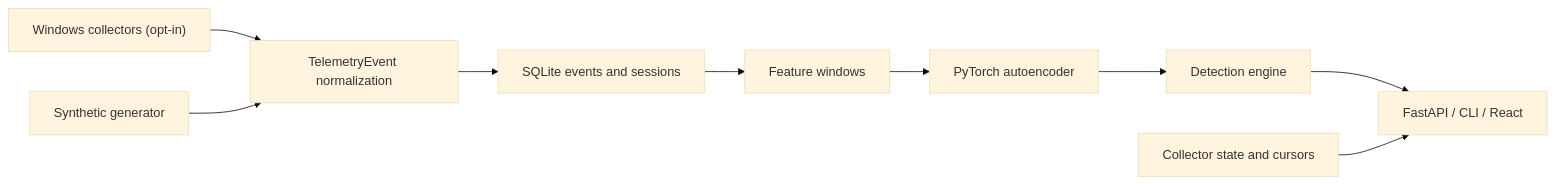
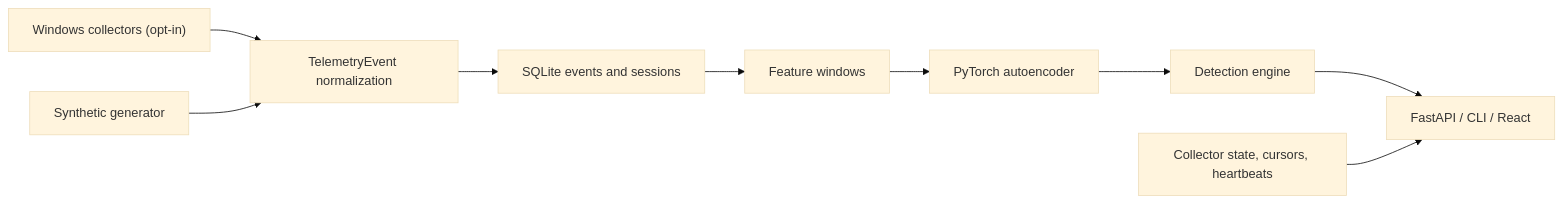
Before and after one commit to IskhakovMA/SentinelUEBA: the diagram in docs/ARCHITECTURE.md, drawn with Mermaid (base theme). The commit also changed other lines of this file and 18 other files, not shown here.

````diff
--- a/docs/ARCHITECTURE.md
+++ b/docs/ARCHITECTURE.md
@@ -9,11 +9,11 @@
 ```mermaid
 flowchart LR
   A["Windows collectors (opt-in)"] --> B["TelemetryEvent normalization"]
   C["Synthetic generator"] --> B
   B --> D["SQLite events and sessions"]
   D --> E["Feature windows"]
   E --> F["PyTorch autoencoder"]
   F --> G["Detection engine"]
   G --> H["FastAPI / CLI / React"]
-  I["Collector state and cursors"] --> H
+  I["Collector state, cursors, heartbeats"] --> H
 ```
````
